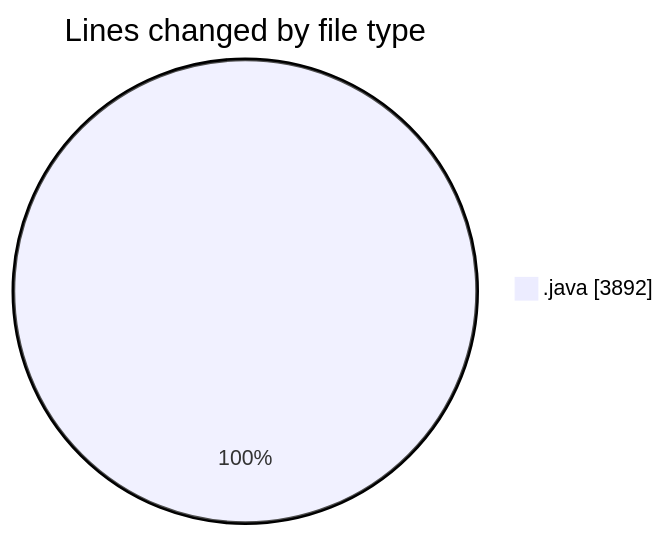
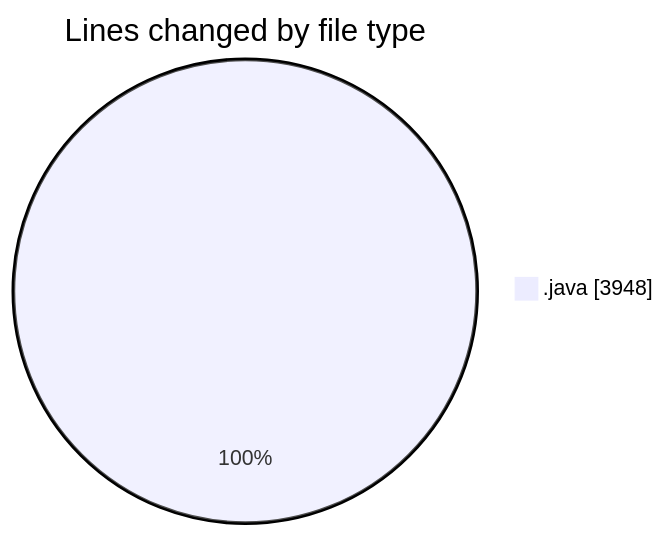
One commit to ricardozamudiocil/code-tracking changed the first of 2 diagrams in 2026-09-01/cilapp/README.md. Above: the diagram before and after it, drawn with Mermaid. The commit also changed other lines of this file and 1 other file, not shown here.

````diff
--- a/2026-09-01/cilapp/README.md
+++ b/2026-09-01/cilapp/README.md
@@ -23,5 +23,5 @@
 ```mermaid
 pie showData
 title Lines changed by file type
-".java" : 3892
+".java" : 3948
 ```
````
